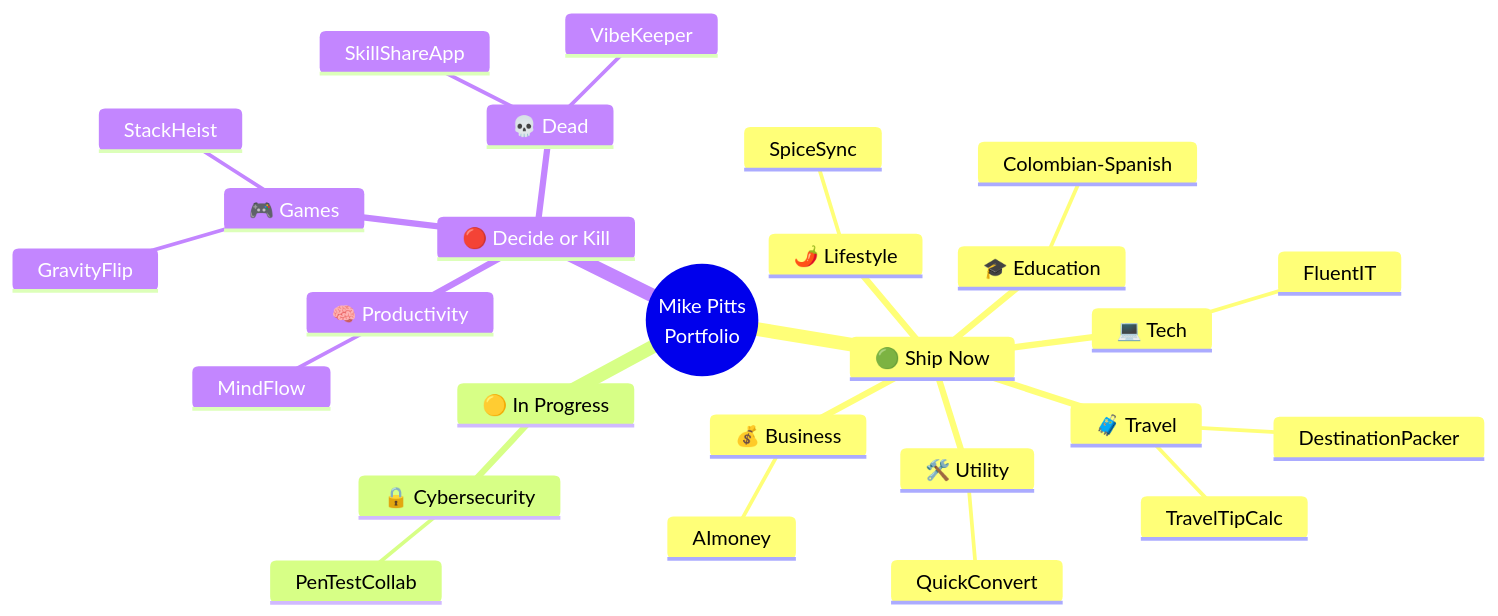
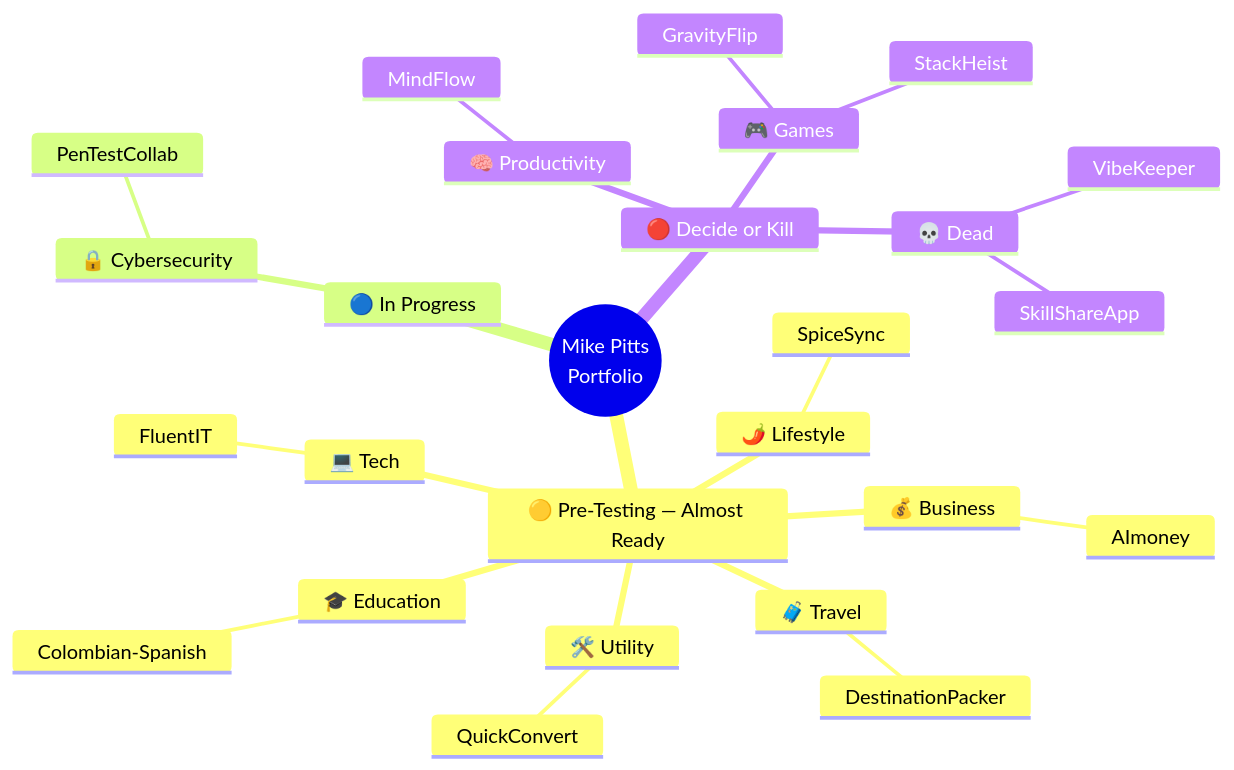
Before and after one commit to mikepitts25/VibeKeeper: the first of 5 diagrams in projects-visual-tree.md, drawn with Mermaid. The commit also changed other lines of this file and 1 other file, not shown here.

First line of the commit message:
Create pre-testing branch: Almost Ready apps before TestFlight

````diff
--- a/projects-visual-tree.md
+++ b/projects-visual-tree.md
@@ -5,30 +5,29 @@
 ```mermaid
 mindmap
   root((Mike Pitts<br/>Portfolio))
-    🟢 Ship Now
+    🟡 Pre-Testing — Almost Ready
       🧳 Travel
         DestinationPacker
-        TravelTipCalc
       🎓 Education
         Colombian-Spanish
       💻 Tech
         FluentIT
       🛠️ Utility
         QuickConvert
       🌶️ Lifestyle
         SpiceSync
       💰 Business
         AImoney
-    🟡 In Progress
+    🔵 In Progress
       🔒 Cybersecurity
         PenTestCollab
     🔴 Decide or Kill
       🧠 Productivity
         MindFlow
       🎮 Games
         GravityFlip
         StackHeist
       💀 Dead
         VibeKeeper
         SkillShareApp
 ```
````
